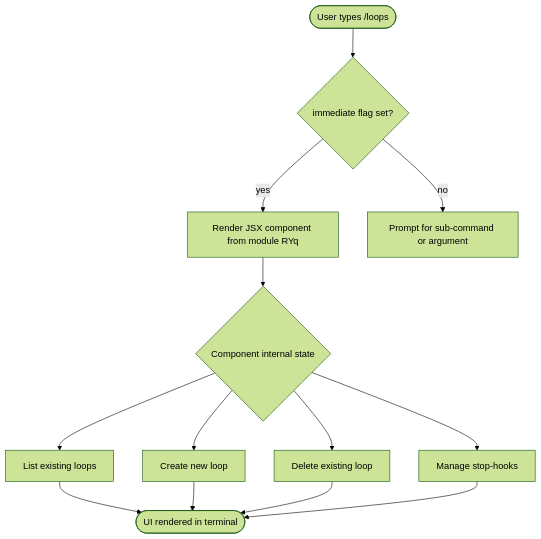
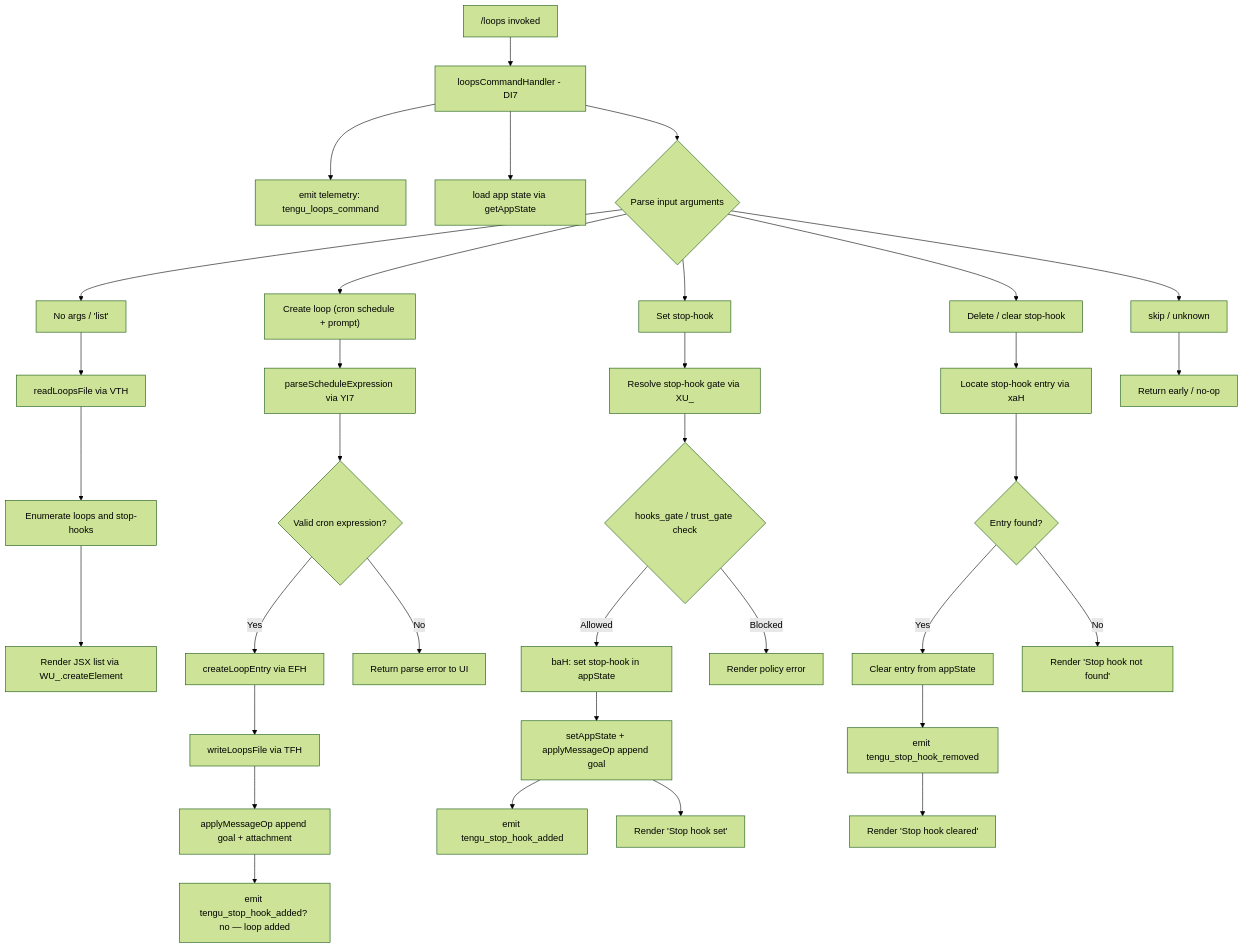
Before and after one commit to MyLittleLuckyDog/cc-gnothi: the diagram in versions/v2.1.142/loops.md, drawn with Mermaid (forest theme). The commit also changed other lines of this file and 483 other files, not shown here.

````diff
--- a/versions/v2.1.142/loops.md
+++ b/versions/v2.1.142/loops.md
@@ -54,12 +55,42 @@
 ```mermaid
 flowchart TD
-    A([User types /loops]) --> B{immediate flag set?}
-    B -- yes --> C[Render JSX component from module RYq]
-    B -- no --> D[Prompt for sub-command or argument]
-    C --> E{Component internal state}
-    E --> F[List existing loops]
-    E --> G[Create new loop]
-    E --> H[Delete existing loop]
-    E --> I[Manage stop-hooks]
-    F & G & H & I --> J([UI rendered in terminal])
+    A["/loops invoked"] --> B[loopsCommandHandler - DI7]
+    B --> C[emit telemetry: tengu_loops_command]
+    B --> D[load app state via getAppState]
+    B --> E{Parse input arguments}
+
+    E --> F["No args / 'list'"]
+    E --> G["Create loop (cron schedule + prompt)"]
+    E --> H["Set stop-hook"]
+    E --> I["Delete / clear stop-hook"]
+    E --> J["skip / unknown"]
+
+    F --> F1[readLoopsFile via VTH]
+    F1 --> F2[Enumerate loops and stop-hooks]
+    F2 --> F3[Render JSX list via WU_.createElement]
+
+    G --> G1[parseScheduleExpression via YI7]
+    G1 --> G2{Valid cron expression?}
+    G2 -- Yes --> G3[createLoopEntry via EFH]
+    G3 --> G4[writeLoopsFile via TFH]
+    G4 --> G5[applyMessageOp append goal + attachment]
+    G5 --> G6[emit tengu_stop_hook_added? no — loop added]
+    G2 -- No --> G7[Return parse error to UI]
+
+    H --> H1[Resolve stop-hook gate via XU_]
+    H1 --> H2{hooks_gate / trust_gate check}
+    H2 -- Allowed --> H3[baH: set stop-hook in appState]
+    H3 --> H4[setAppState + applyMessageOp append goal]
+    H4 --> H5[emit tengu_stop_hook_added]
+    H4 --> H6[Render 'Stop hook set']
+    H2 -- Blocked --> H7[Render policy error]
+
+    I --> I1[Locate stop-hook entry via xaH]
+    I1 --> I2{Entry found?}
+    I2 -- Yes --> I3[Clear entry from appState]
+    I3 --> I4[emit tengu_stop_hook_removed]
+    I4 --> I5[Render 'Stop hook cleared']
+    I2 -- No --> I6[Render 'Stop hook not found']
+
+    J --> J1[Return early / no-op]
 ```
````
